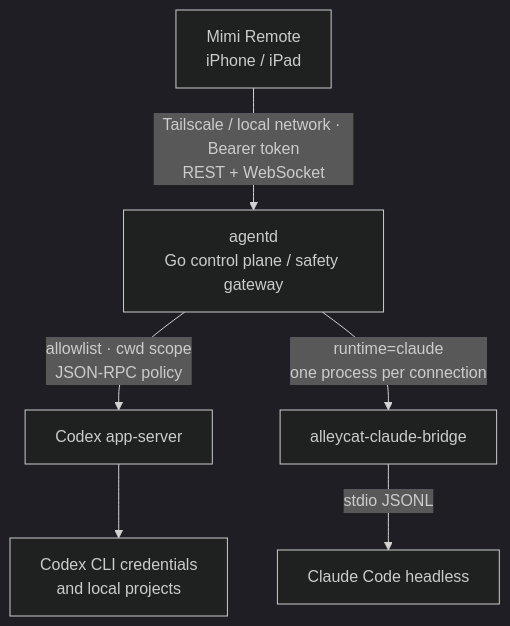
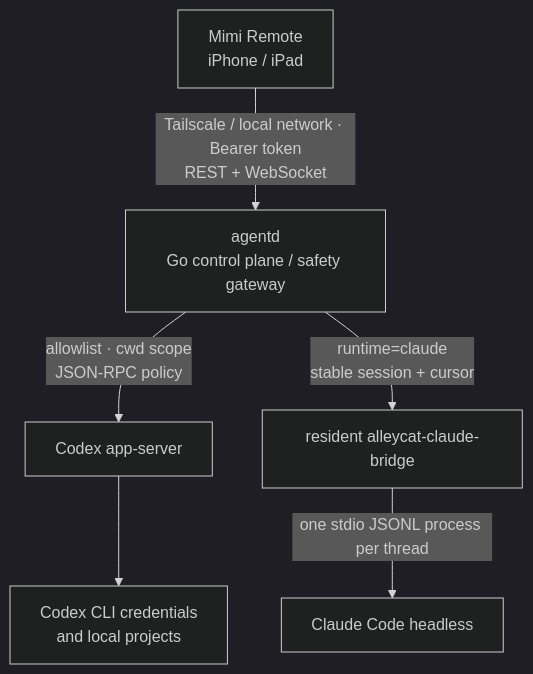
The diagram in README.md (aerfagogogo/codex-ipad-agent), drawn with Mermaid (dark theme) before and after one commit. The commit also changed other lines of this file and 40 other files, not shown here.

````diff
--- a/README.md
+++ b/README.md
@@ -98,8 +98,8 @@
 ```mermaid
 flowchart TD
     A["Mimi Remote\niPhone / iPad"] -->|"Tailscale / local network · Bearer token\nREST + WebSocket"| B["agentd\nGo control plane / safety gateway"]
     B -->|"allowlist · cwd scope\nJSON-RPC policy"| C["Codex app-server"]
     C --> D["Codex CLI credentials\nand local projects"]
-    B -->|"runtime=claude\none process per connection"| E["alleycat-claude-bridge"]
-    E -->|"stdio JSONL"| F["Claude Code headless"]
+    B -->|"runtime=claude\nstable session + cursor"| E["resident alleycat-claude-bridge"]
+    E -->|"one stdio JSONL process per thread"| F["Claude Code headless"]
 ```
````
